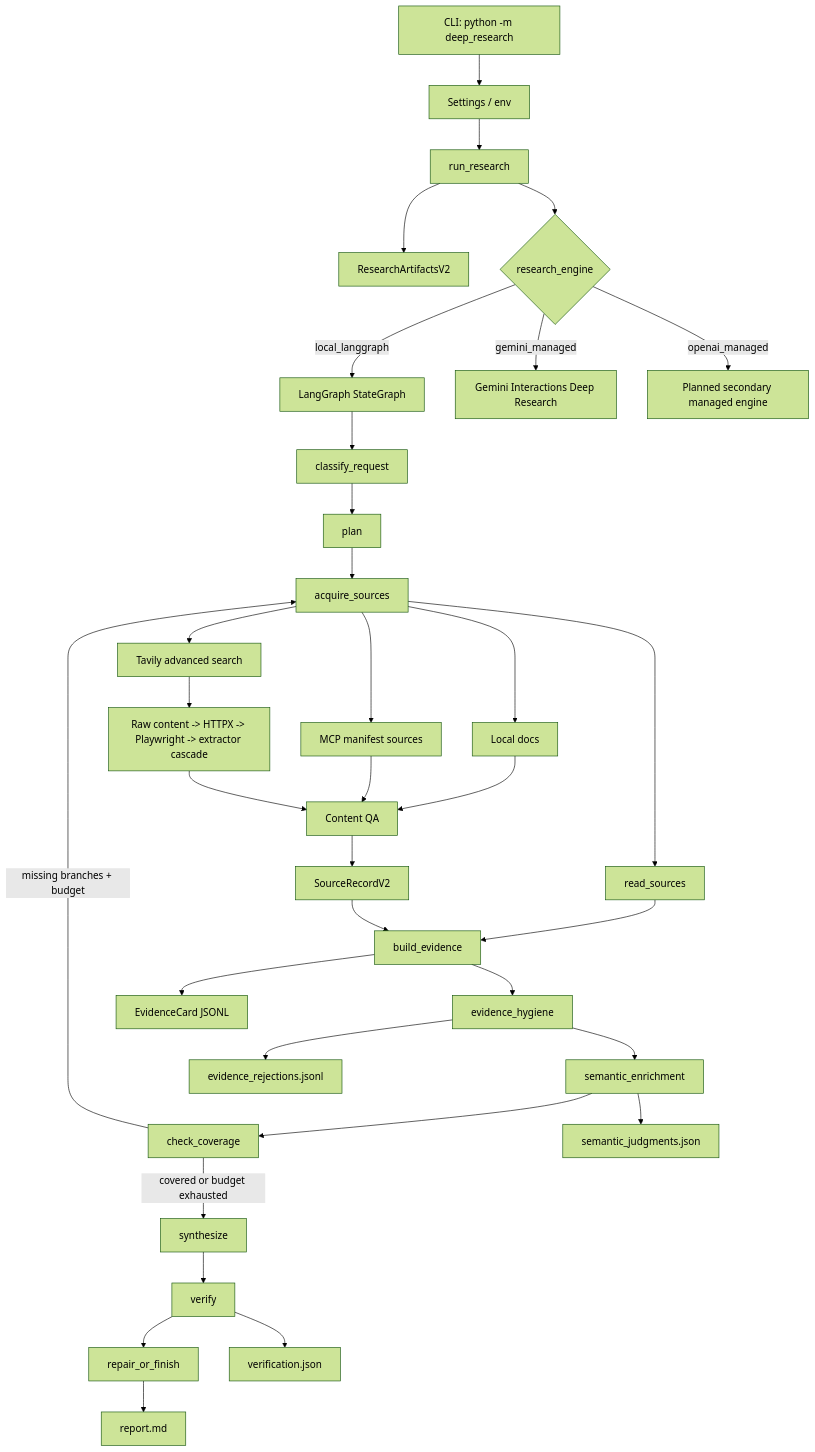
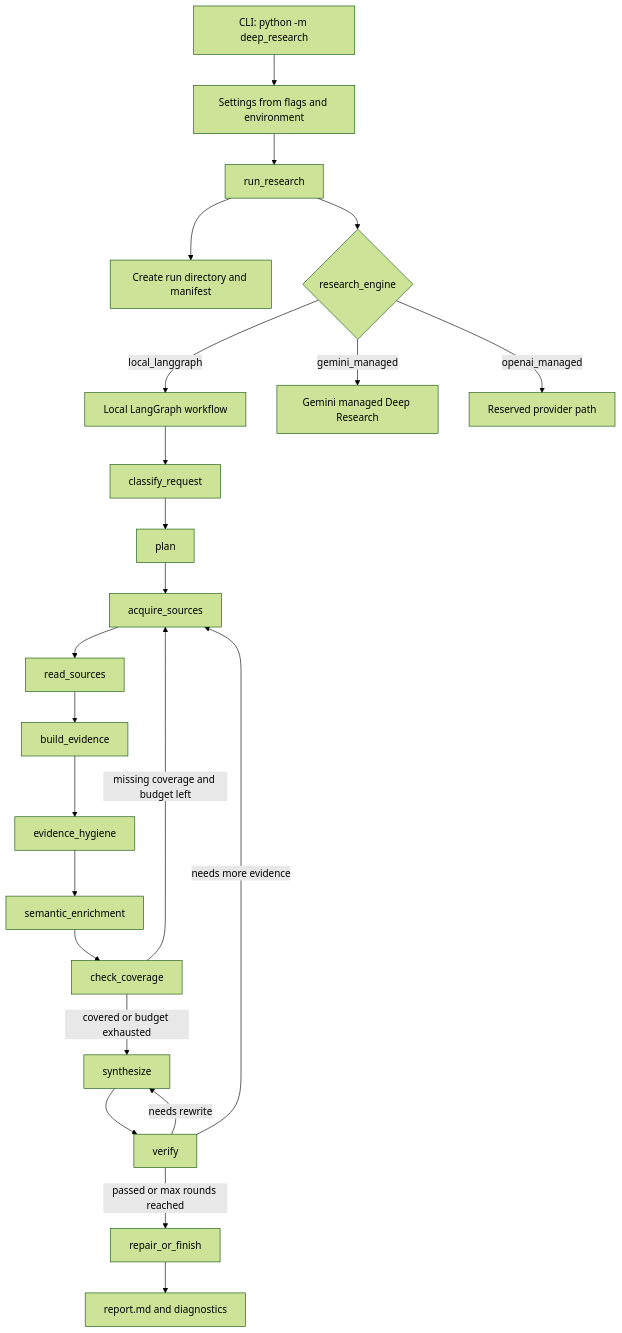
One commit to THCO-Labs/deep-research-agent changed the first of 2 diagrams in ARCHITECTURE.md. Above: the diagram before and after it, drawn with Mermaid (forest theme). The commit also changed other lines of this file and 34 other files, not shown here.

````diff
--- a/ARCHITECTURE.md
+++ b/ARCHITECTURE.md
@@ -18,39 +39,27 @@
 ```mermaid
 flowchart TD
-    CLI["CLI: python -m deep_research"] --> Settings["Settings / env"]
+    CLI["CLI: python -m deep_research"] --> Settings["Settings from flags and environment"]
     Settings --> Runner["run_research"]
-    Runner --> Artifacts["ResearchArtifactsV2"]
+    Runner --> Artifacts["Create run directory and manifest"]
     Runner --> Engine{"research_engine"}
 
-    Engine -->|"local_langgraph"| Graph["LangGraph StateGraph"]
-    Engine -->|"gemini_managed"| Gemini["Gemini Interactions Deep Research"]
-    Engine -->|"openai_managed"| Planned["Planned secondary managed engine"]
+    Engine -->|"local_langgraph"| Graph["Local LangGraph workflow"]
+    Engine -->|"gemini_managed"| Gemini["Gemini managed Deep Research"]
+    Engine -->|"openai_managed"| OpenAI["Reserved provider path"]
 
     Graph --> Classify["classify_request"]
     Classify --> Plan["plan"]
     Plan --> Acquire["acquire_sources"]
     Acquire --> Read["read_sources"]
     Read --> Evidence["build_evidence"]
     Evidence --> Hygiene["evidence_hygiene"]
-    Hygiene --> SemanticEvidence["semantic_enrichment"]
-    SemanticEvidence --> Coverage["check_coverage"]
-    Coverage -->|"missing branches + budget"| Acquire
-    Coverage -->|"covered or budget exhausted"| Synthesize["synthesize"]
-    Synthesize --> Verify["verify"]
-    Verify --> Finish["repair_or_finish"]
-
-    Acquire --> Web["Tavily advanced search"]
-    Acquire --> Local["Local docs"]
-    Acquire --> MCP["MCP manifest sources"]
-    Web --> Extract["Raw content -> HTTPX -> Playwright -> extractor cascade"]
-    Local --> QA["Content QA"]
-    MCP --> QA
-    Extract --> QA
-    QA --> Sources["SourceRecordV2"]
-    Sources --> Evidence
-    Evidence --> Cards["EvidenceCard JSONL"]
-    Hygiene --> Rejections["evidence_rejections.jsonl"]
-    SemanticEvidence --> SemanticJudgments["semantic_judgments.json"]
-    Verify --> Verification["verification.json"]
-    Finish --> Report["report.md"]
+    Hygiene --> Semantic["semantic_enrichment"]
+    Semantic --> Coverage["check_coverage"]
+    Coverage -->|"missing coverage and budget left"| Acquire
+    Coverage -->|"covered or budget exhausted"| Synthesis["synthesize"]
+    Synthesis --> Verify["verify"]
+    Verify -->|"needs more evidence"| Acquire
+    Verify -->|"needs rewrite"| Synthesis
+    Verify -->|"passed or max rounds reached"| Finish["repair_or_finish"]
+    Finish --> Report["report.md and diagnostics"]
 ```
````
